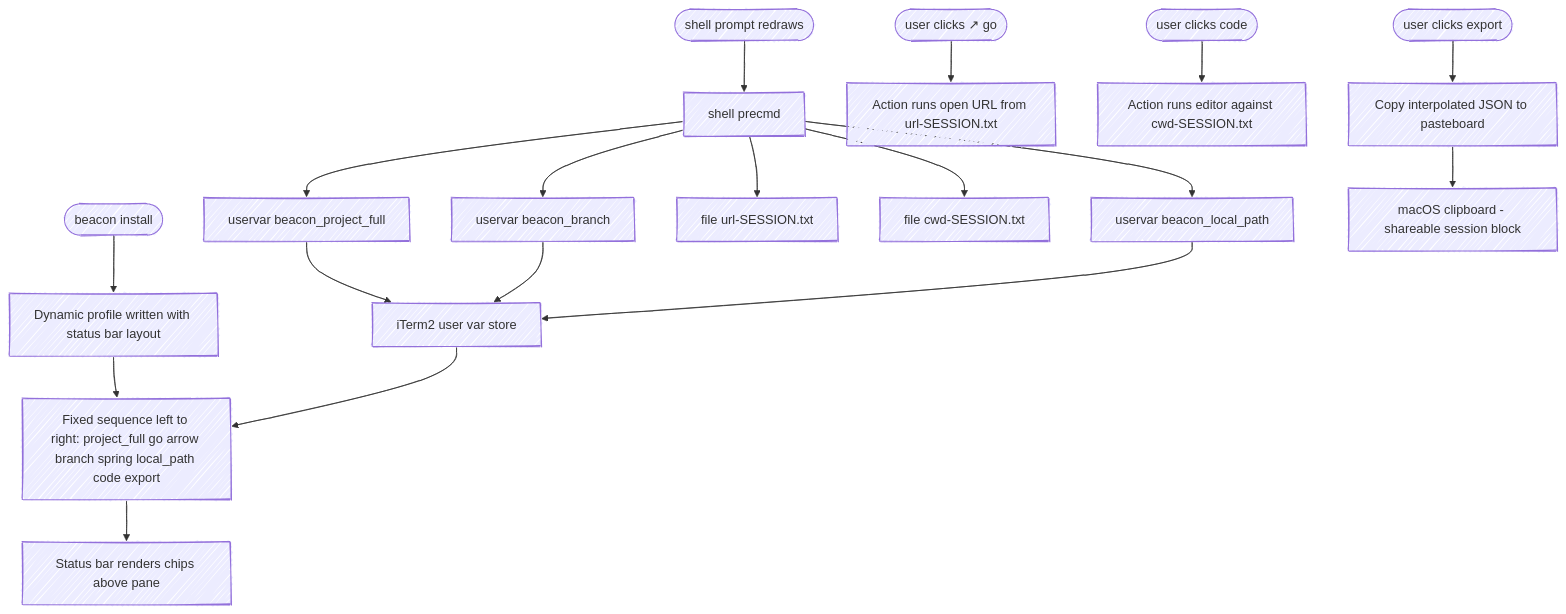
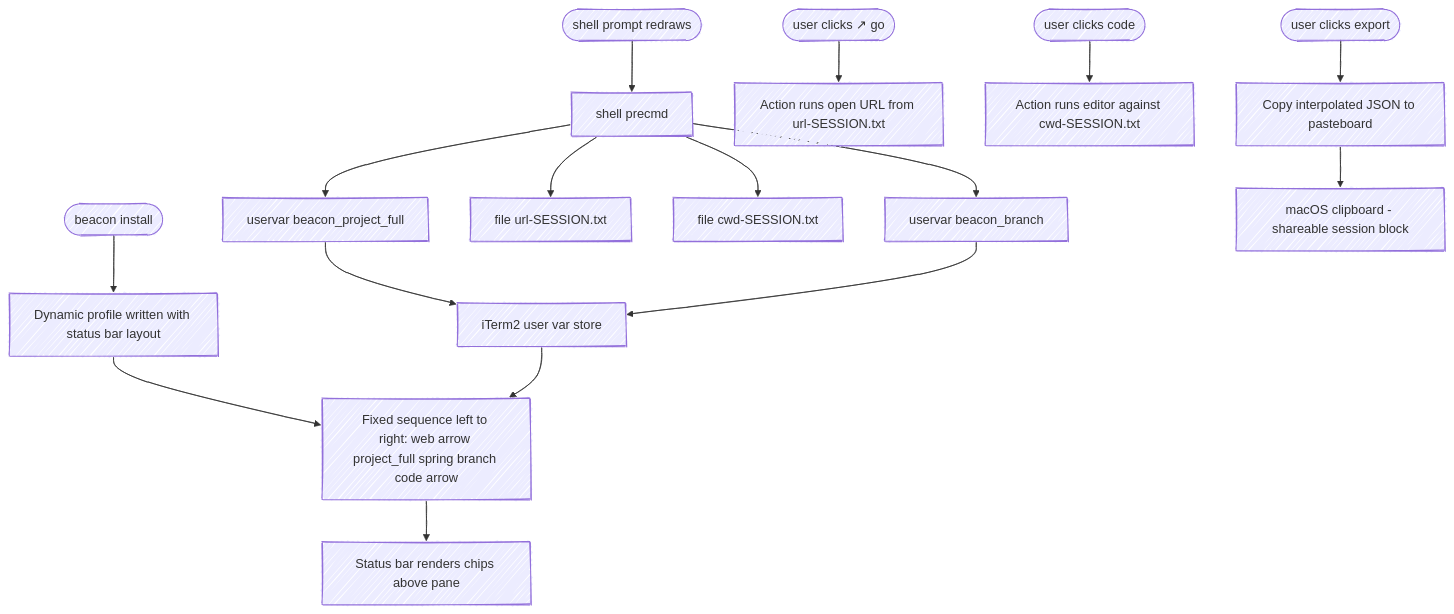
Before and after one commit to chris-peterson/beacon: the second of 3 diagrams in docs/spec.md, drawn with Mermaid. The commit also changed other lines of this file and 5 other files, not shown here.

````diff
--- a/docs/spec.md
+++ b/docs/spec.md
@@ -410,26 +408,24 @@
 ```mermaid
 %%{ init: { 'look': 'handDrawn' } }%%
 flowchart TB
     PROMPT([shell prompt redraws])
     PROMPT --> PRECMD[shell precmd]
     PRECMD --> S1[uservar beacon_project_full]
     PRECMD --> S2[uservar beacon_branch]
-    PRECMD --> S3[uservar beacon_local_path]
     PRECMD --> SF1[file url-SESSION.txt]
     PRECMD --> SF2[file cwd-SESSION.txt]
     INSTALL([beacon install])
     INSTALL --> PROFILE[Dynamic profile written with status bar layout]
-    PROFILE --> CHIPS[Fixed sequence left to right: project_full go arrow branch spring local_path code export]
+    PROFILE --> CHIPS[Fixed sequence left to right: web arrow project_full spring branch code arrow]
     S1 --> STORE[iTerm2 user var store]
     S2 --> STORE
-    S3 --> STORE
     STORE --> CHIPS
     CHIPS --> RENDER2[Status bar renders chips above pane]
     CLICK_GO([user clicks ↗ go])
     CLICK_GO --> A_GO[Action runs open URL from url-SESSION.txt]
     CLICK_CODE([user clicks code])
     CLICK_CODE --> A_CODE[Action runs editor against cwd-SESSION.txt]
     CLICK_EXPORT([user clicks export])
     CLICK_EXPORT --> A_EXPORT[Copy interpolated JSON to pasteboard]
     A_EXPORT --> CLIP[macOS clipboard - shareable session block]
 ```
````
